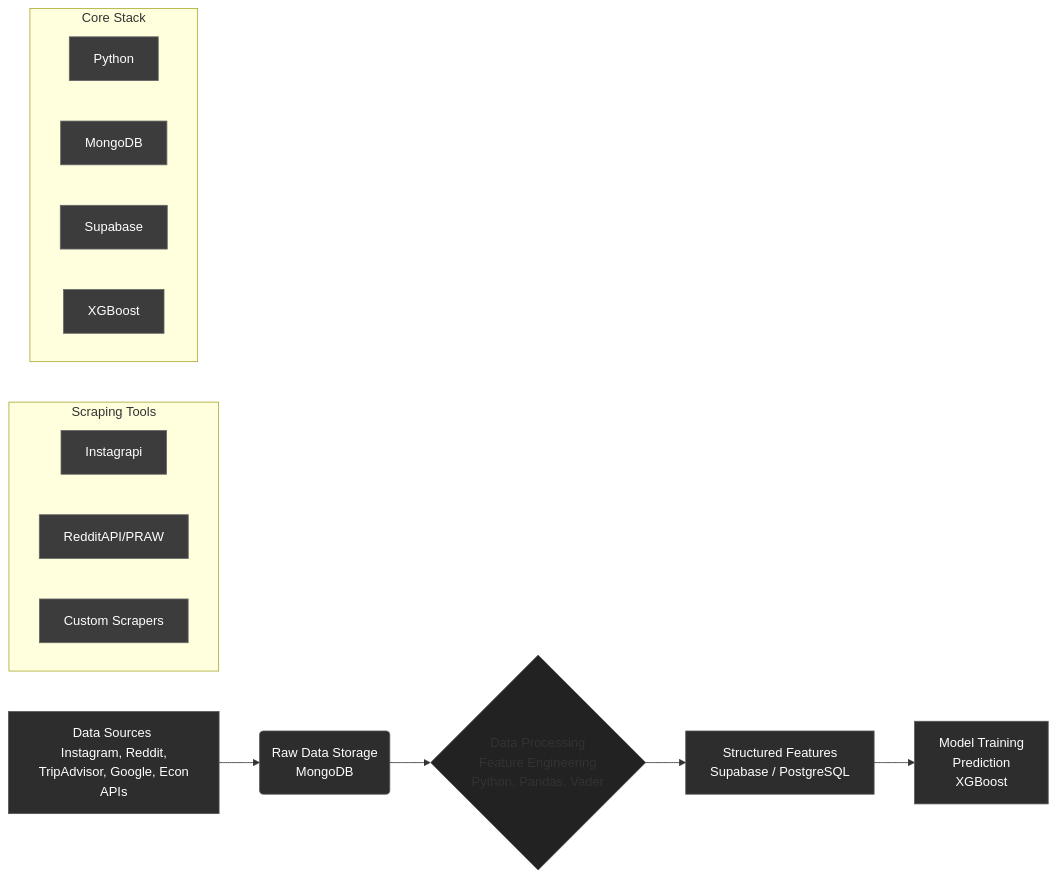
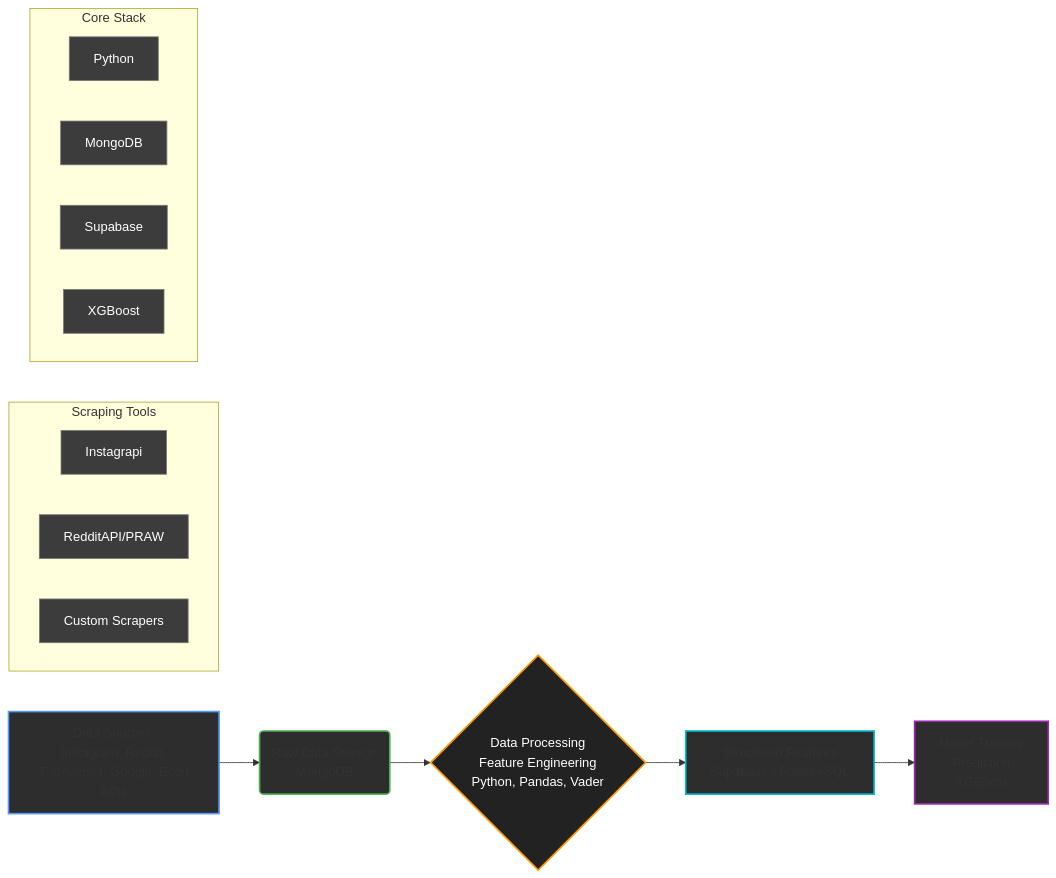
The diagram in README.md (bt4301-group-8/tourism-consultancy), drawn with Mermaid before and after one commit.

````diff
--- a/README.md
+++ b/README.md
@@ -32,43 +32,40 @@
 ```mermaid
 graph LR
     A[Data Sources <br/> Instagram, Reddit, <br/> TripAdvisor, Google, Econ APIs] --> B(Raw Data Storage <br/> MongoDB);
     B --> C{Data Processing <br/> Feature Engineering <br/> Python, Pandas, Vader};
     C --> D[Structured Features <br/> Supabase / PostgreSQL];
     D --> E[Model Training <br/> Prediction <br/> XGBoost];
 
     subgraph Scraping Tools
         direction LR
         S1[Instagrapi]
         S2[RedditAPI/PRAW]
         S3[Custom Scrapers]
     end
 
     subgraph Core Stack
         direction LR
         P[Python]
         MDB[MongoDB]
         SB[Supabase]
         XG[XGBoost]
     end
 
-    %% Define styles for dark theme - matching the image aesthetic
-    %% Main pipeline nodes: Dark grey background, light text
-    style A fill:#2D2D2D,stroke:#555,stroke-width:1px,color:#FFF
-    style B fill:#2D2D2D,stroke:#555,stroke-width:1px,color:#FFF
-    style C fill:#222,stroke:#555,stroke-width:1px,color:#FFF %% Diamond shape - slightly different shade
-    style D fill:#2D2D2D,stroke:#555,stroke-width:1px,color:#FFF
-    style E fill:#2D2D2D,stroke:#555,stroke-width:1px,color:#FFF
+    %% Define styles for dark theme with COLORFUL accents (borders)
+    %% Base dark fill, white text for all
+    %% Main pipeline nodes: Different colored borders
+    style A fill:#2D2D2D,stroke:#5599FF,stroke-width:2px,color:#FFF %% Blue border
+    style B fill:#2D2D2D,stroke:#4CAF50,stroke-width:2px,color:#FFF %% Green border
+    style C fill:#222,stroke:#FF9800,stroke-width:2px,color:#FFF  
+    style D fill:#2D2D2D,stroke:#00BCD4,stroke-width:2px,color:#FFF %% Cyan border
+    style E fill:#2D2D2D,stroke:#9C27B0,stroke-width:2px,color:#FFF %% Purple border
 
-    %% Nodes within subgraphs: Similar dark grey, light text
-    style S1 fill:#3C3C3C,stroke:#666,stroke-width:1px,color:#FFF
-    style S2 fill:#3C3C3C,stroke:#666,stroke-width:1px,color:#FFF
-    style S3 fill:#3C3C3C,stroke:#666,stroke-width:1px,color:#FFF
-    style P fill:#3C3C3C,stroke:#666,stroke-width:1px,color:#FFF
-    style MDB fill:#3C3C3C,stroke:#666,stroke-width:1px,color:#FFF
-    style SB fill:#3C3C3C,stroke:#666,stroke-width:1px,color:#FFF
-    style XG fill:#3C3C3C,stroke:#666,stroke-width:1px,color:#FFF
-
-    %% Style the subgraph boxes themselves (optional, styling applies to the container)
-    %% Mermaid doesn't directly style the subgraph background easily across all renderers
-    %% but we can style the nodes within as intended.
+    %% Nodes within subgraphs: Neutral dark grey, subtle border
+    style S1 fill:#3C3C3C,stroke:#777,stroke-width:1px,color:#FFF
+    style S2 fill:#3C3C3C,stroke:#777,stroke-width:1px,color:#FFF
+    style S3 fill:#3C3C3C,stroke:#777,stroke-width:1px,color:#FFF
+    style P fill:#3C3C3C,stroke:#777,stroke-width:1px,color:#FFF
+    style MDB fill:#3C3C3C,stroke:#777,stroke-width:1px,color:#FFF
+    style SB fill:#3C3C3C,stroke:#777,stroke-width:1px,color:#FFF
+    style XG fill:#3C3C3C,stroke:#777,stroke-width:1px,color:#FFF
 ```
````
